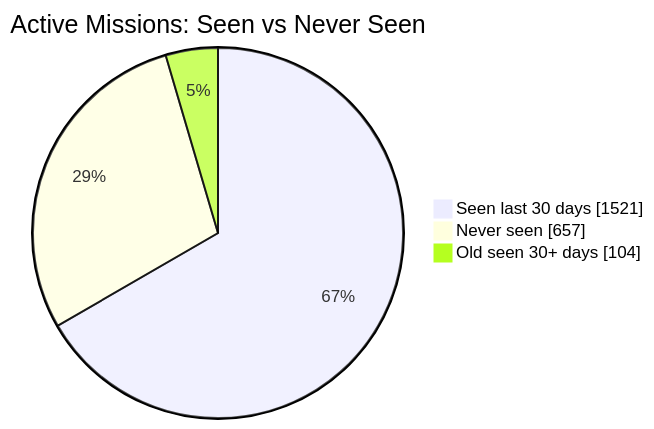
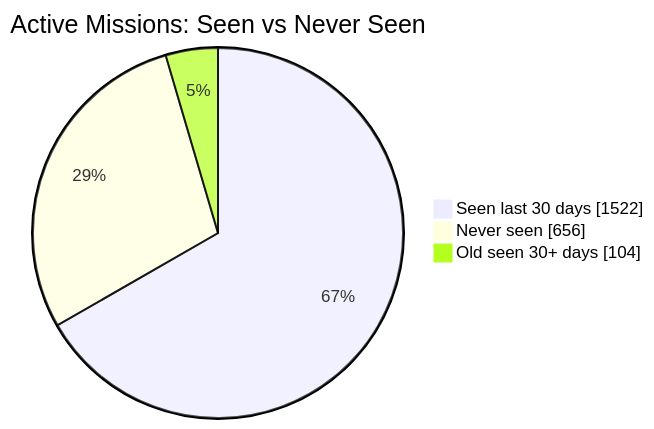
The first of 2 diagrams in README.md (MeldkamerspelGameTeam/active-missions), drawn with Mermaid before and after one commit. The commit also changed other lines of this file and 2 other files, not shown here.

````diff
--- a/README.md
+++ b/README.md
@@ -34,7 +34,7 @@
 ```mermaid
 pie showData
     title Active Missions: Seen vs Never Seen
-    "Seen last 30 days" : 1521
-    "Never seen" : 657
+    "Seen last 30 days" : 1522
+    "Never seen" : 656
     "Old seen 30+ days" : 104
 ```
````
